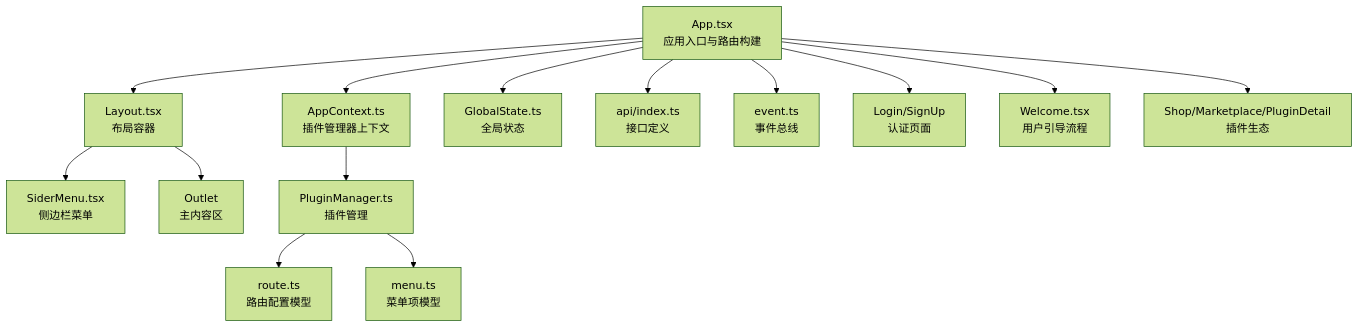
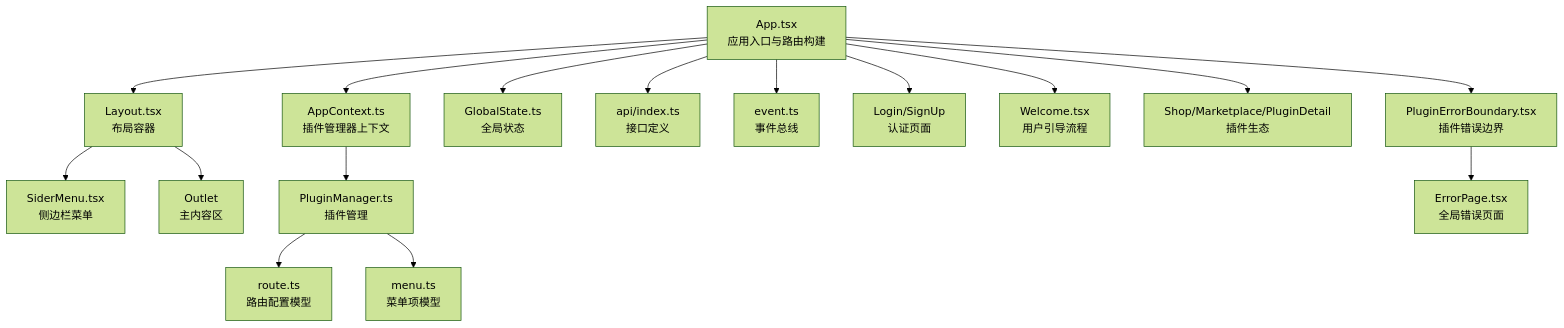
The first of 11 diagrams in .qoder/repowiki/zh/content/核心模块/应用主组件.md (LRF0422/Kotion), drawn with Mermaid (forest theme) before and after one commit. The commit also changed other lines of this file and 14 other files, not shown here.

````diff
--- a/.qoder/repowiki/zh/content/核心模块/应用主组件.md
+++ b/.qoder/repowiki/zh/content/核心模块/应用主组件.md
@@ -47,16 +58,18 @@
 ```mermaid
 graph TB
 App["App.tsx<br/>应用入口与路由构建"] --> Layout["Layout.tsx<br/>布局容器"]
 Layout --> Sider["SiderMenu.tsx<br/>侧边栏菜单"]
 Layout --> Outlet["Outlet<br/>主内容区"]
 App --> Ctx["AppContext.ts<br/>插件管理器上下文"]
 Ctx --> PM["PluginManager.ts<br/>插件管理"]
 PM --> Routes["route.ts<br/>路由配置模型"]
 PM --> Menu["menu.ts<br/>菜单项模型"]
 App --> Store["GlobalState.ts<br/>全局状态"]
 App --> API["api/index.ts<br/>接口定义"]
 App --> Events["event.ts<br/>事件总线"]
 App --> Auth["Login/SignUp<br/>认证页面"]
 App --> Welcome["Welcome.tsx<br/>用户引导流程"]
 App --> Shop["Shop/Marketplace/PluginDetail<br/>插件生态"]
+App --> PEB["PluginErrorBoundary.tsx<br/>插件错误边界"]
+PEB --> ErrorPage["ErrorPage.tsx<br/>全局错误页面"]
 ```
````
